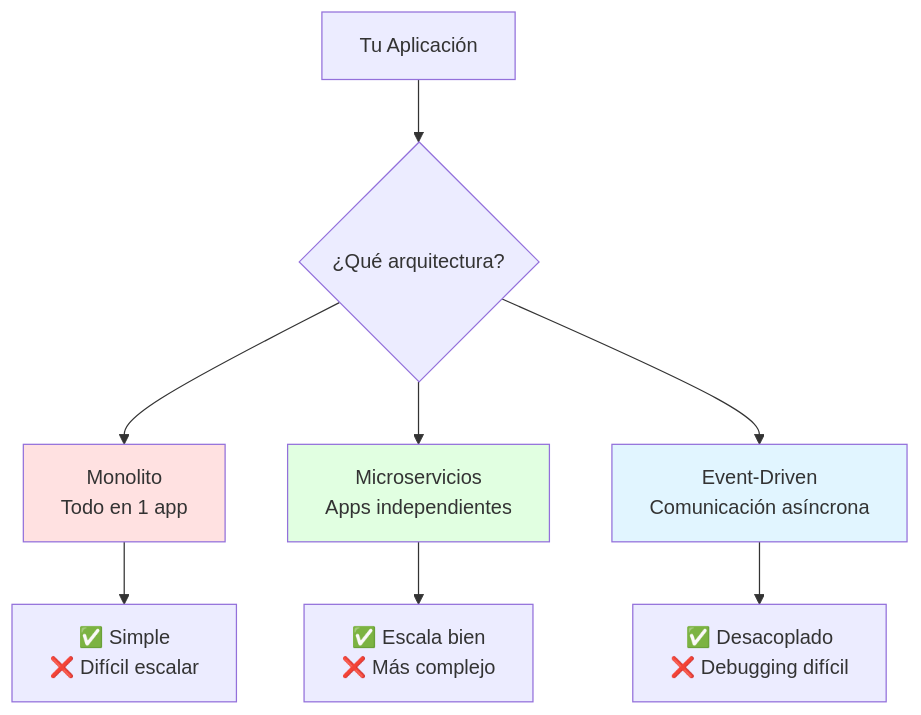
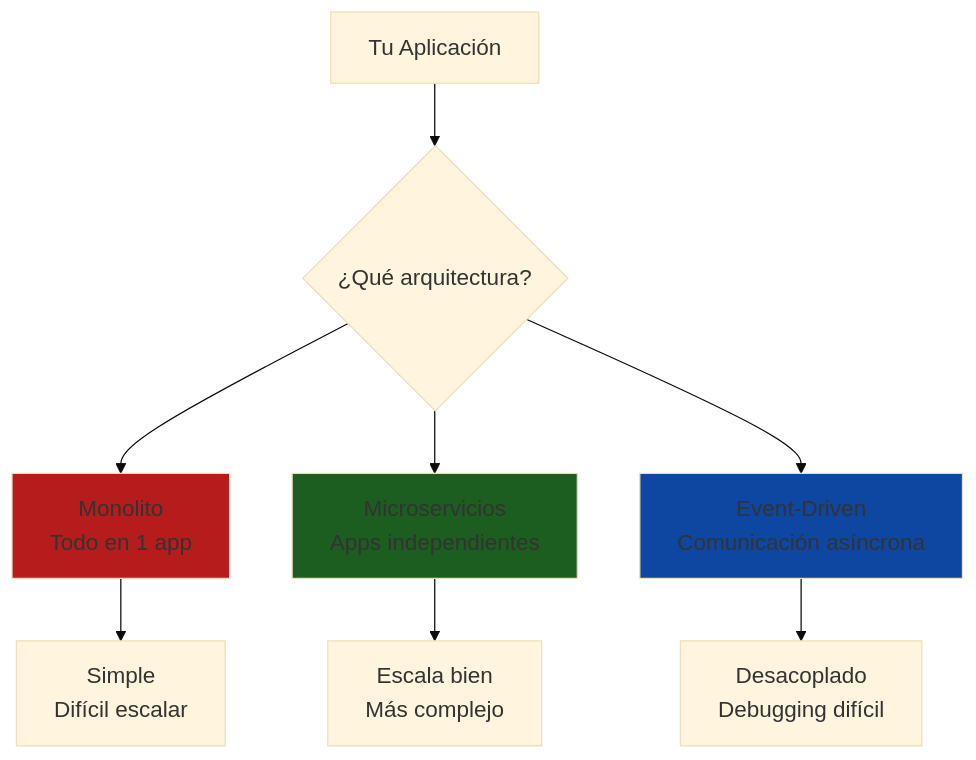
Before and after one commit to Ai-Whisperers/Courses-Content: the second of 10 diagrams in courses/🟡-development/FPUNA-2026/01-DESARROLLO-SOFTWARE/01-arquitectura-software.md, drawn with Mermaid. The commit also changed other lines of this file and 47 other files, not shown here.

First line of the commit message:
fix: Make all 473 diagrams WCAG AAA accessible (FPUNA-2026)

````diff
--- a/courses/🟡-development/FPUNA-2026/01-DESARROLLO-SOFTWARE/01-arquitectura-software.md
+++ b/courses/🟡-development/FPUNA-2026/01-DESARROLLO-SOFTWARE/01-arquitectura-software.md
@@ -48,16 +49,17 @@
 ```mermaid
+%%{init: {'theme':'base', 'themeVariables': {'fontSize':'18px'}}}%%
 graph TD
     Start[Tu Aplicación] --> Q{¿Qué arquitectura?}
     
     Q --> A[Monolito<br/>Todo en 1 app]
     Q --> B[Microservicios<br/>Apps independientes]
     Q --> C[Event-Driven<br/>Comunicación asíncrona]
     
-    A --> A1[✅ Simple<br/>❌ Difícil escalar]
-    B --> B1[✅ Escala bien<br/>❌ Más complejo]
-    C --> C1[✅ Desacoplado<br/>❌ Debugging difícil]
+    A --> A1[Simple<br/>Difícil escalar]
+    B --> B1[Escala bien<br/>Más complejo]
+    C --> C1[Desacoplado<br/>Debugging difícil]
     
-    style A fill:#FFE1E1
-    style B fill:#E1FFE1
-    style C fill:#E1F5FF
+    style A fill:#b71c1c
+    style B fill:#1b5e20
+    style C fill:#0d47a1
 ```
````
